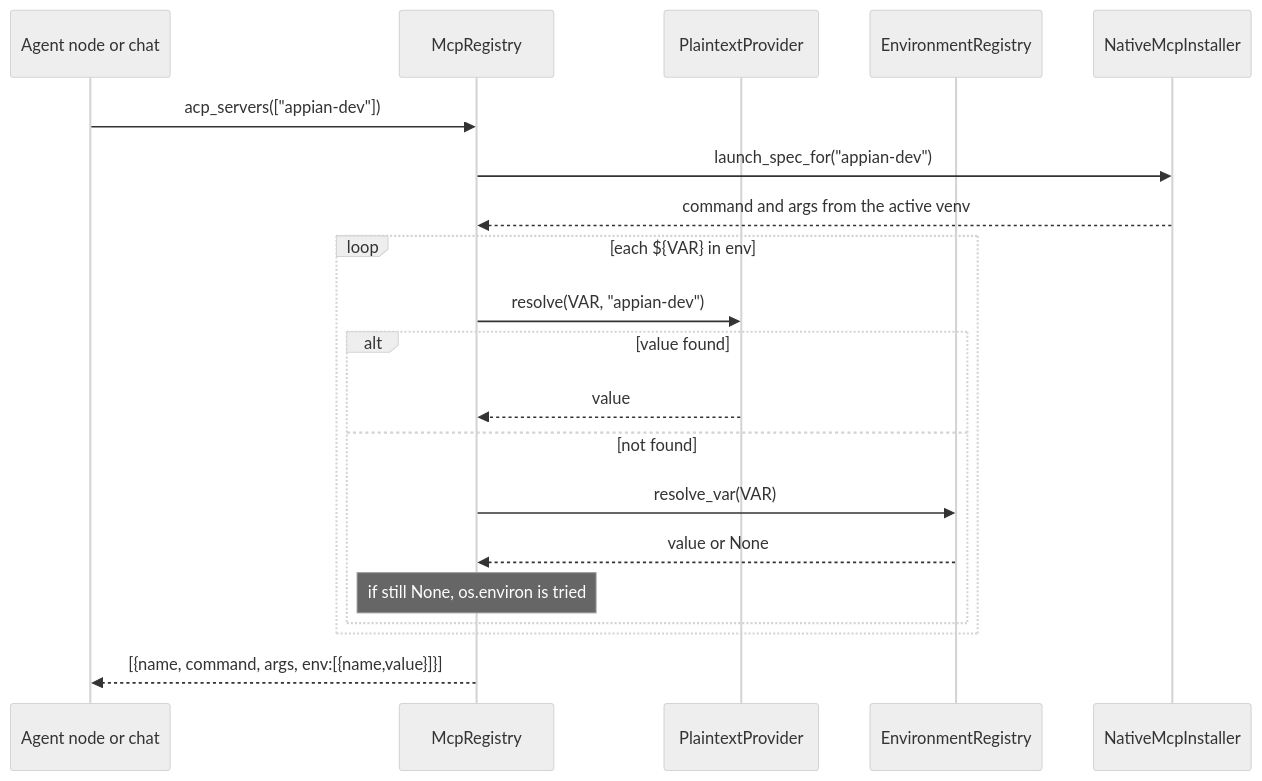
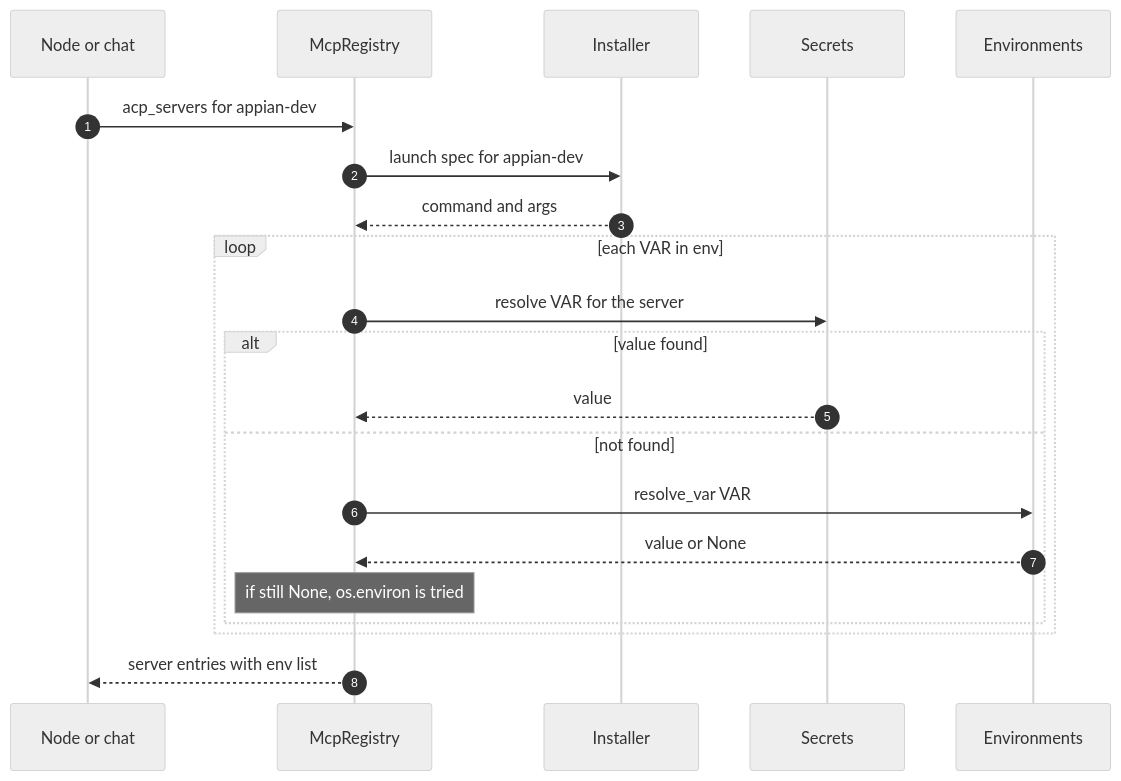
Before and after one commit to ram-020998/project-tracker: the third of 5 diagrams in genesis/architecture/modules/configuration-and-secrets.md, drawn with Mermaid (neutral theme). The commit also changed other lines of this file and 24 other files, not shown here.

First line of the commit message:
architecture: rewrite all 86 Mermaid diagrams to one C4 style, each render-checked

````diff
--- a/genesis/architecture/modules/configuration-and-secrets.md
+++ b/genesis/architecture/modules/configuration-and-secrets.md
@@ -190,22 +200,23 @@
 ```mermaid
 sequenceDiagram
-    participant N as Agent node or chat
+    autonumber
+    participant N as Node or chat
     participant R as McpRegistry
-    participant S as PlaintextProvider
-    participant E as EnvironmentRegistry
-    participant I as NativeMcpInstaller
-    N->>R: acp_servers(["appian-dev"])
-    R->>I: launch_spec_for("appian-dev")
-    I-->>R: command and args from the active venv
-    loop each ${VAR} in env
-        R->>S: resolve(VAR, "appian-dev")
+    participant I as Installer
+    participant S as Secrets
+    participant E as Environments
+    N->>R: acp_servers for appian-dev
+    R->>I: launch spec for appian-dev
+    I-->>R: command and args
+    loop each VAR in env
+        R->>S: resolve VAR for the server
         alt value found
             S-->>R: value
         else not found
-            R->>E: resolve_var(VAR)
+            R->>E: resolve_var VAR
             E-->>R: value or None
             Note over R: if still None, os.environ is tried
         end
     end
-    R-->>N: [{name, command, args, env:[{name,value}]}]
+    R-->>N: server entries with env list
 ```
````
